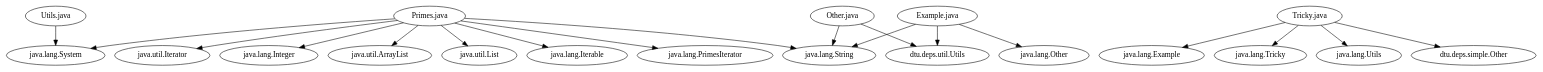
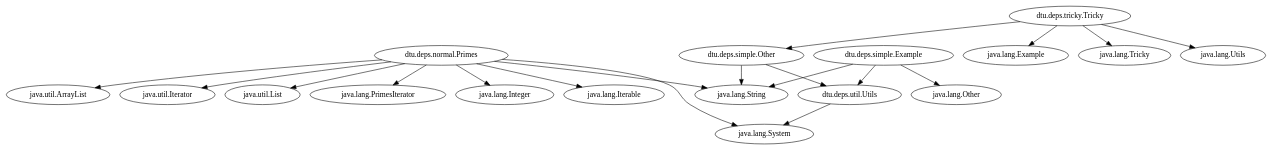
Before and after one commit to gtheodoridis/Program_Analysis_G4: the diagram in assignment-01/dependencies.gv, drawn with Graphviz. The commit also changed 2 other files, not shown here.

```diff
--- a/assignment-01/dependencies.gv
+++ b/assignment-01/dependencies.gv
@@ -1,26 +1,26 @@
 // Dependencies
 digraph {
-	"Primes.java"
-	"Primes.java" -> "java.lang.System"
-	"Primes.java" -> "java.lang.String"
-	"Primes.java" -> "java.util.Iterator"
-	"Primes.java" -> "java.lang.Integer"
-	"Primes.java" -> "java.util.ArrayList"
-	"Primes.java" -> "java.util.List"
-	"Primes.java" -> "java.lang.Iterable"
-	"Primes.java" -> "java.lang.PrimesIterator"
-	"Example.java"
-	"Example.java" -> "dtu.deps.util.Utils"
-	"Example.java" -> "java.lang.Other"
-	"Example.java" -> "java.lang.String"
-	"Other.java"
-	"Other.java" -> "dtu.deps.util.Utils"
-	"Other.java" -> "java.lang.String"
-	"Tricky.java"
-	"Tricky.java" -> "java.lang.Example"
-	"Tricky.java" -> "java.lang.Tricky"
-	"Tricky.java" -> "java.lang.Utils"
-	"Tricky.java" -> "dtu.deps.simple.Other"
-	"Utils.java"
-	"Utils.java" -> "java.lang.System"
+	"dtu.deps.normal.Primes"
+	"dtu.deps.normal.Primes" -> "java.util.Iterator"
+	"dtu.deps.normal.Primes" -> "java.util.List"
+	"dtu.deps.normal.Primes" -> "java.lang.PrimesIterator"
+	"dtu.deps.normal.Primes" -> "java.lang.Integer"
+	"dtu.deps.normal.Primes" -> "java.lang.Iterable"
+	"dtu.deps.normal.Primes" -> "java.lang.System"
+	"dtu.deps.normal.Primes" -> "java.lang.String"
+	"dtu.deps.normal.Primes" -> "java.util.ArrayList"
+	"dtu.deps.simple.Example"
+	"dtu.deps.simple.Example" -> "dtu.deps.util.Utils"
+	"dtu.deps.simple.Example" -> "java.lang.Other"
+	"dtu.deps.simple.Example" -> "java.lang.String"
+	"dtu.deps.simple.Other"
+	"dtu.deps.simple.Other" -> "dtu.deps.util.Utils"
+	"dtu.deps.simple.Other" -> "java.lang.String"
+	"dtu.deps.tricky.Tricky"
+	"dtu.deps.tricky.Tricky" -> "dtu.deps.simple.Other"
+	"dtu.deps.tricky.Tricky" -> "java.lang.Example"
+	"dtu.deps.tricky.Tricky" -> "java.lang.Tricky"
+	"dtu.deps.tricky.Tricky" -> "java.lang.Utils"
+	"dtu.deps.util.Utils"
+	"dtu.deps.util.Utils" -> "java.lang.System"
 }
```
